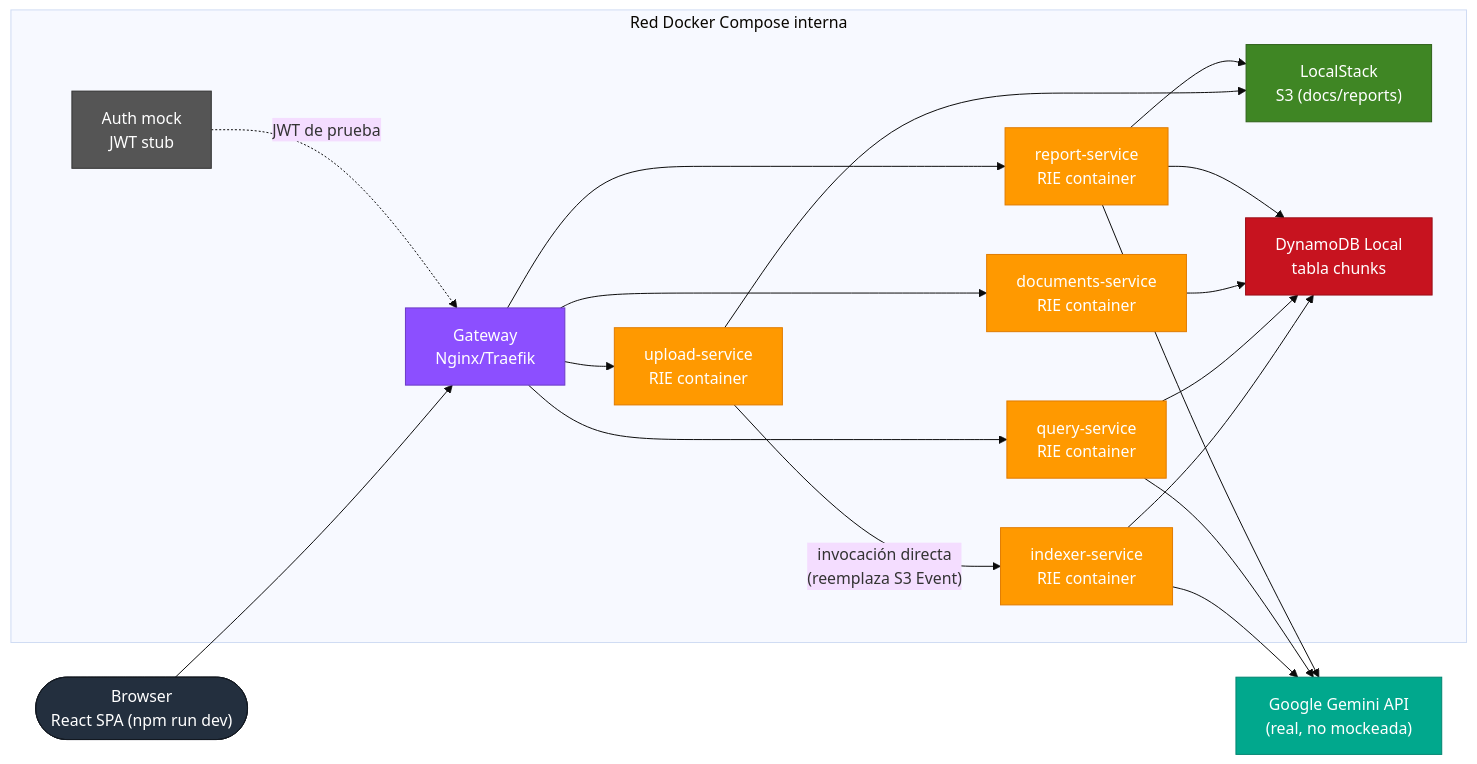
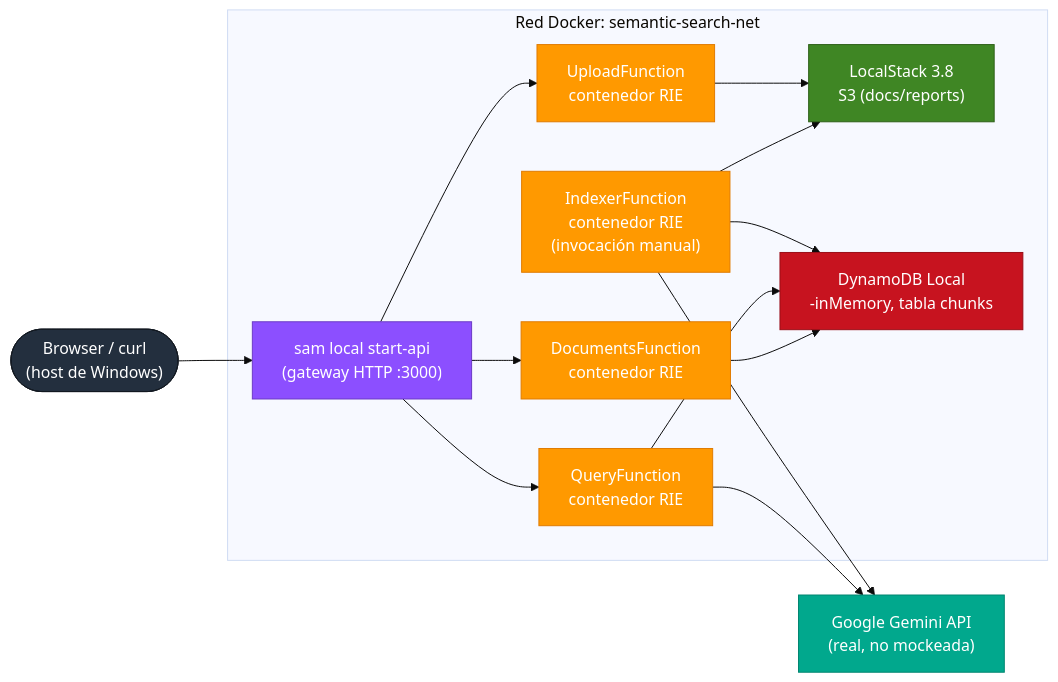
Before and after one commit to susgleik/semantic-research: the second of 2 diagrams in docs/architecture.md, drawn with Mermaid (base theme). The commit also changed other lines of this file and 4 other files, not shown here.

````diff
--- a/docs/architecture.md
+++ b/docs/architecture.md
@@ -321,50 +330,40 @@
 ```mermaid
 graph LR
     classDef external  fill:#232F3E,stroke:#131921,color:#fff
     classDef network   fill:#8C4FFF,stroke:#6B3AC5,color:#fff
     classDef compute   fill:#FF9900,stroke:#E07B00,color:#fff
     classDef storage   fill:#3F8624,stroke:#2D6018,color:#fff
     classDef database  fill:#C7131F,stroke:#9A0E17,color:#fff
     classDef ai        fill:#01A88D,stroke:#018570,color:#fff
-    classDef mock      fill:#555,stroke:#333,color:#fff
 
-    Browser(["Browser\nReact SPA (npm run dev)"]):::external
+    Browser(["Browser / curl\n(host de Windows)"]):::external
 
-    subgraph DockerNet["Red Docker Compose interna"]
-        GW["Gateway\nNginx/Traefik"]:::network
-        AuthMock["Auth mock\nJWT stub"]:::mock
+    subgraph DockerNet["Red Docker: semantic-search-net"]
+        GW["sam local start-api\n(gateway HTTP :3000)"]:::network
 
-        Upload["upload-service\nRIE container"]:::compute
-        Indexer["indexer-service\nRIE container"]:::compute
-        Query["query-service\nRIE container"]:::compute
-        Docs["documents-service\nRIE container"]:::compute
-        ReportFn["report-service\nRIE container"]:::compute
+        Upload["UploadFunction\ncontenedor RIE"]:::compute
+        Indexer["IndexerFunction\ncontenedor RIE\n(invocación manual)"]:::compute
+        Query["QueryFunction\ncontenedor RIE"]:::compute
+        Docs["DocumentsFunction\ncontenedor RIE"]:::compute
 
-        LocalS3["LocalStack\nS3 (docs/reports)"]:::storage
-        LocalDynamo["DynamoDB Local\ntabla chunks"]:::database
+        LocalS3["LocalStack 3.8\nS3 (docs/reports)"]:::storage
+        LocalDynamo["DynamoDB Local\n-inMemory, tabla chunks"]:::database
     end
 
     Gemini["Google Gemini API\n(real, no mockeada)"]:::ai
 
     Browser --> GW
-    AuthMock -. "JWT de prueba" .-> GW
-
     GW --> Upload
     GW --> Query
     GW --> Docs
-    GW --> ReportFn
 
     Upload --> LocalS3
-    Upload -->|"invocación directa\n(reemplaza S3 Event)"| Indexer
+    Indexer --> LocalS3
     Indexer --> Gemini
     Indexer --> LocalDynamo
 
     Query --> LocalDynamo
     Query --> Gemini
 
     Docs --> LocalDynamo
-
-    ReportFn --> LocalDynamo
-    ReportFn --> Gemini
-    ReportFn --> LocalS3
 ```
````
